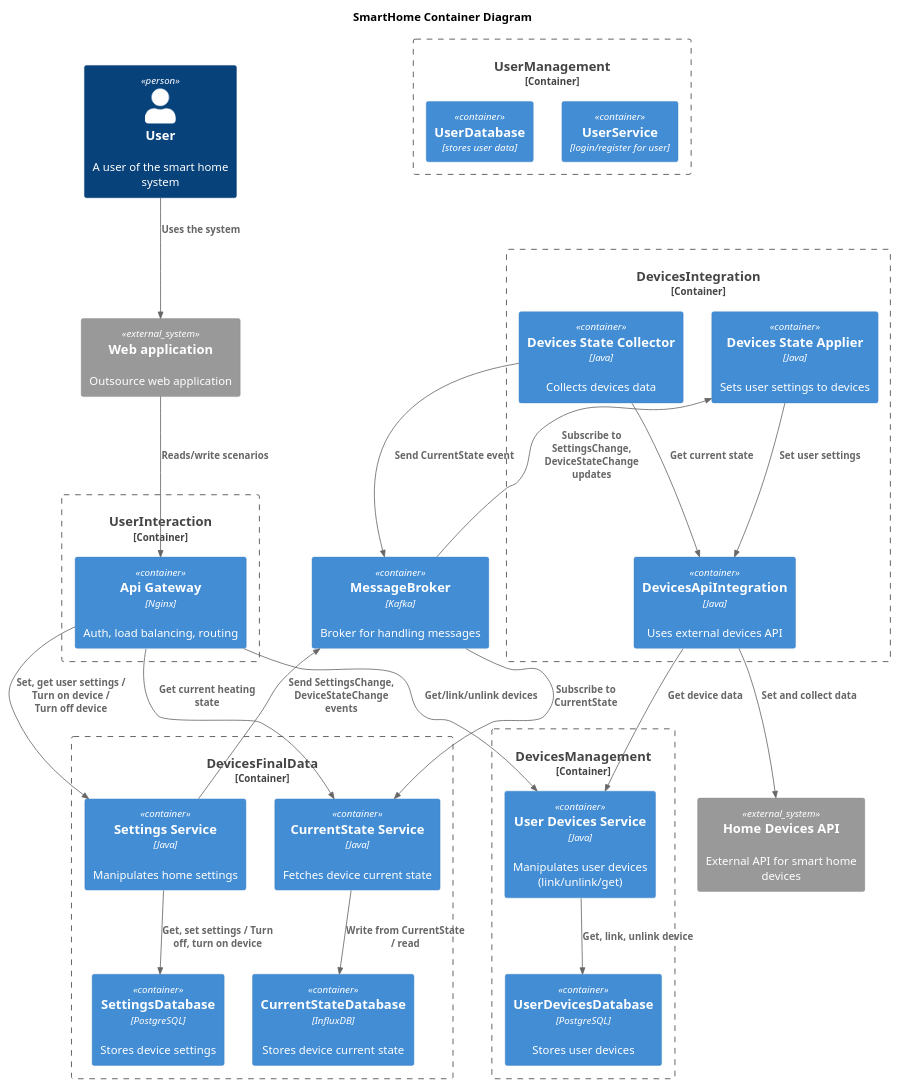
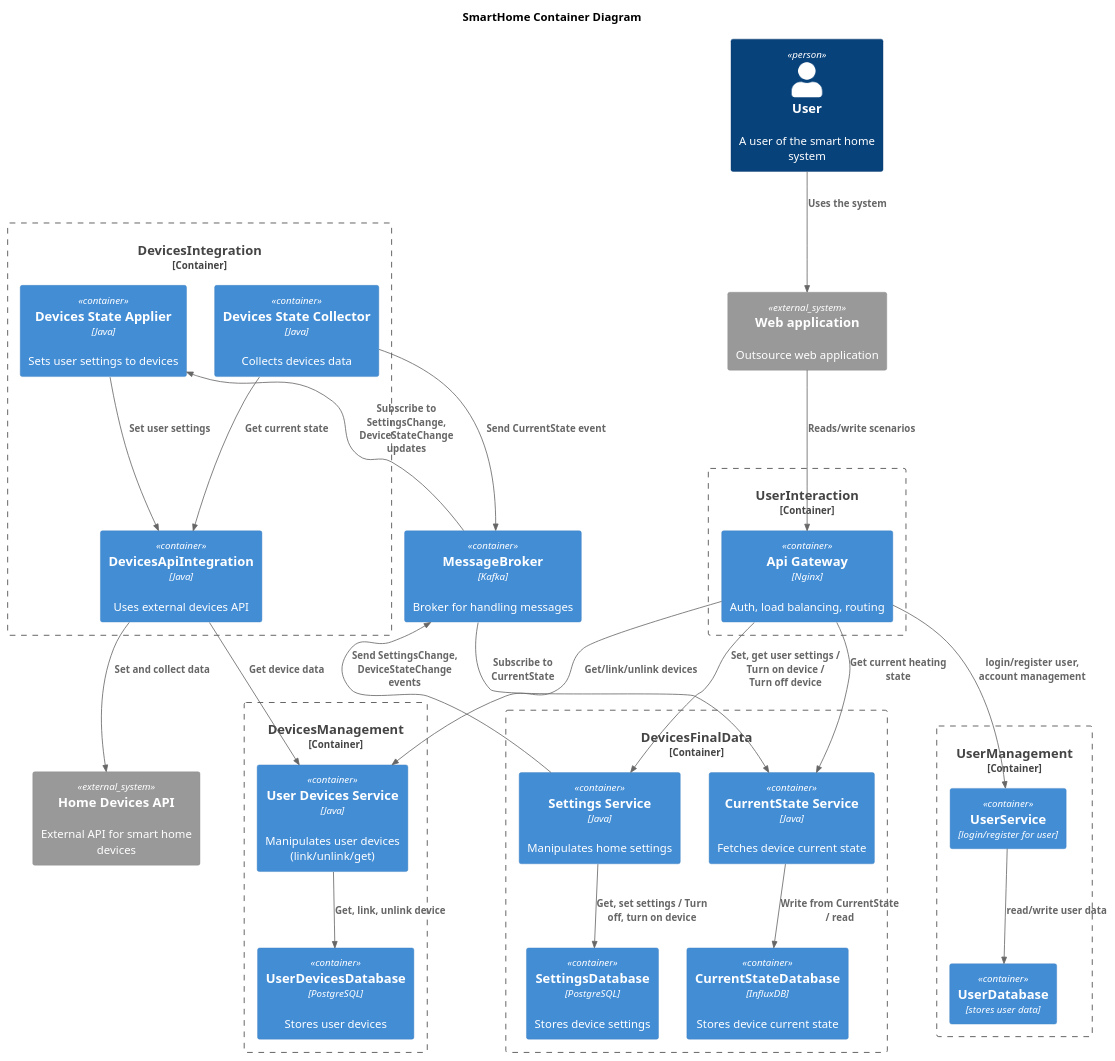
One commit to etloreq/yandex-practicum-arch-tasks changed the diagram in sprint3/SmartHome_Container.puml. Above: the diagram before and after it, drawn with PlantUML. The commit also changed 16 other files, not shown here.

```diff
--- a/sprint3/SmartHome_Container.puml
+++ b/sprint3/SmartHome_Container.puml
@@ -1,59 +1,61 @@
 @startuml
 title SmartHome Container Diagram
 
 !include C4_Container.puml
 
 Person(user, "User", "A user of the smart home system")
 
 System_Ext(devices, "Home Devices API", "External API for smart home devices")
 System_Ext(WebApp, "Web application", "Outsource web application")
 
 Container_Boundary(UserInteraction, "UserInteraction") {
      Container(ApiGateway, "Api Gateway", "Nginx", "Auth, load balancing, routing")
 }
 
 Container_Boundary(DevicesFinalData, "DevicesFinalData") {
   Container(SettingsService, "Settings Service", "Java", "Manipulates home settings")
   Container(CurrentStateService, "CurrentState Service", "Java", "Fetches device current state")
   Container(SettingsDatabase, "SettingsDatabase", "PostgreSQL", "Stores device settings")
   Container(CurrentStateDatabase, "CurrentStateDatabase", "InfluxDB", "Stores device current state")
 }
 
 Container_Boundary(UserManagement, "UserManagement") {
     Container(UserService, "UserService", "login/register for user")
     Container(UserDatabase, "UserDatabase", "stores user data")
 }
 
 Container_Boundary(DevicesManagement, "DevicesManagement") {
   Container(UserDevicesService, "User Devices Service", "Java", "Manipulates user devices (link/unlink/get)")
   Container(UserDevicesDatabase, "UserDevicesDatabase", "PostgreSQL", "Stores user devices")
 }
 
 Container_Boundary(DevicesIntegration, "DevicesIntegration") {
   Container(DevicesApiIntegration, "DevicesApiIntegration", "Java", "Uses external devices API")
   Container(DevicesStateCollector, "Devices State Collector", "Java", "Collects devices data")
   Container(DevicesStateApplier, "Devices State Applier", "Java", "Sets user settings to devices")
 }
 
 Container(MessageBroker, "MessageBroker", "Kafka", "Broker for handling messages")
 
 
 Rel(user, WebApp, "Uses the system")
 Rel(WebApp,ApiGateway,"Reads/write scenarios")
 Rel(ApiGateway,SettingsService,"Set, get user settings /\nTurn on device /\nTurn off device")
 Rel(ApiGateway,CurrentStateService,"Get current heating state")
 Rel(ApiGateway,UserDevicesService,"Get/link/unlink devices")
 
 Rel(SettingsService, SettingsDatabase, "Get, set settings / Turn off, turn on device")
 Rel(SettingsService, MessageBroker, "Send SettingsChange, DeviceStateChange events")
 Rel(MessageBroker, DevicesStateApplier, "Subscribe to SettingsChange, DeviceStateChange updates")
 Rel(DevicesApiIntegration, devices, "Set and collect data")
 Rel(DevicesStateCollector, MessageBroker, "Send CurrentState event")
 Rel(MessageBroker, CurrentStateService, "Subscribe to CurrentState")
 Rel(CurrentStateService, CurrentStateDatabase, "Write from CurrentState / read")
 Rel(UserDevicesService, UserDevicesDatabase, "Get, link, unlink device")
 Rel(DevicesApiIntegration, UserDevicesService, "Get device data")
 Rel(DevicesStateCollector, DevicesApiIntegration, "Get current state")
 Rel(DevicesStateApplier, DevicesApiIntegration, "Set user settings")
+Rel(ApiGateway, "UserService", "login/register user, account management")
+Rel(UserService, "UserDatabase", "read/write user data")
 
 @enduml
```
